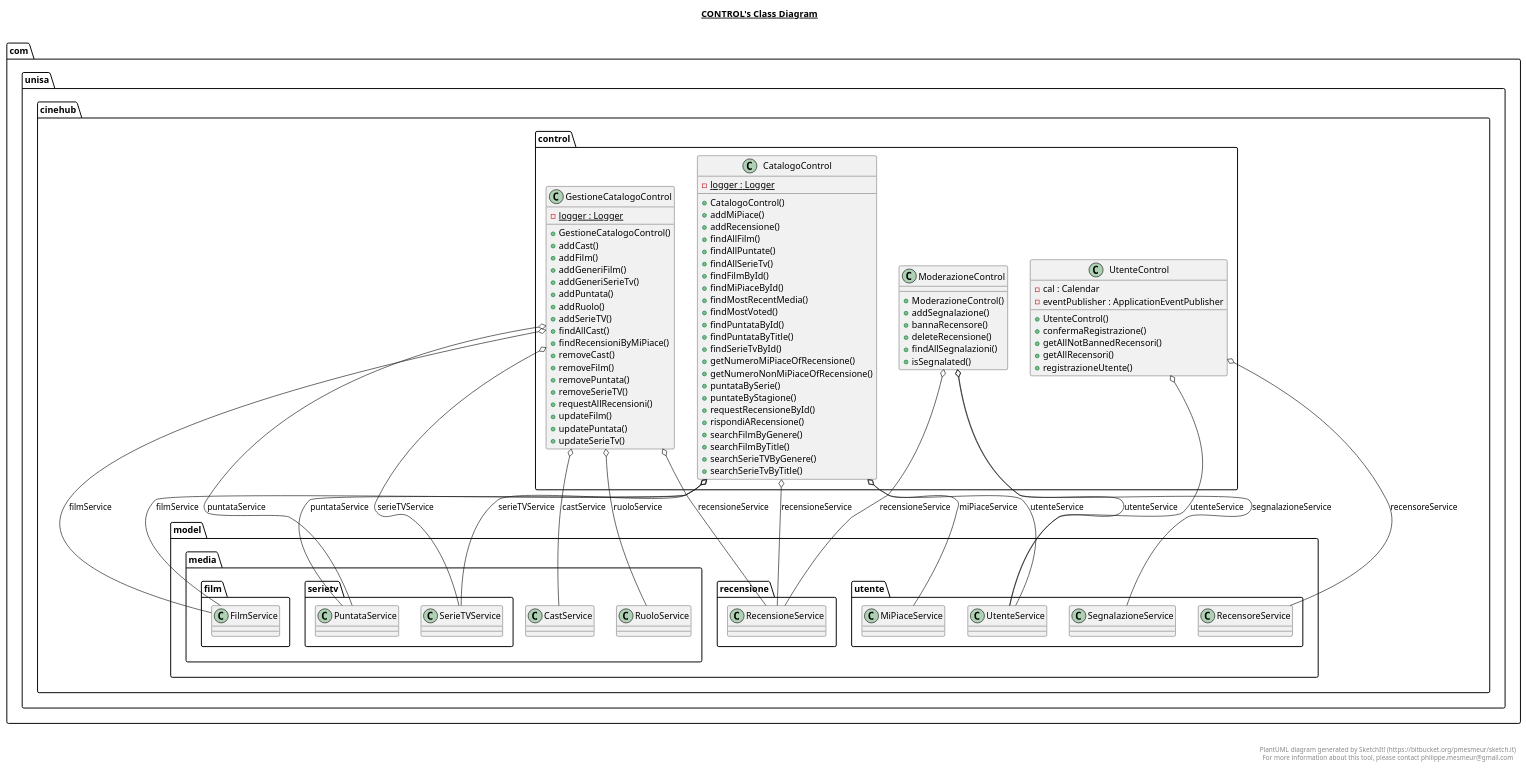
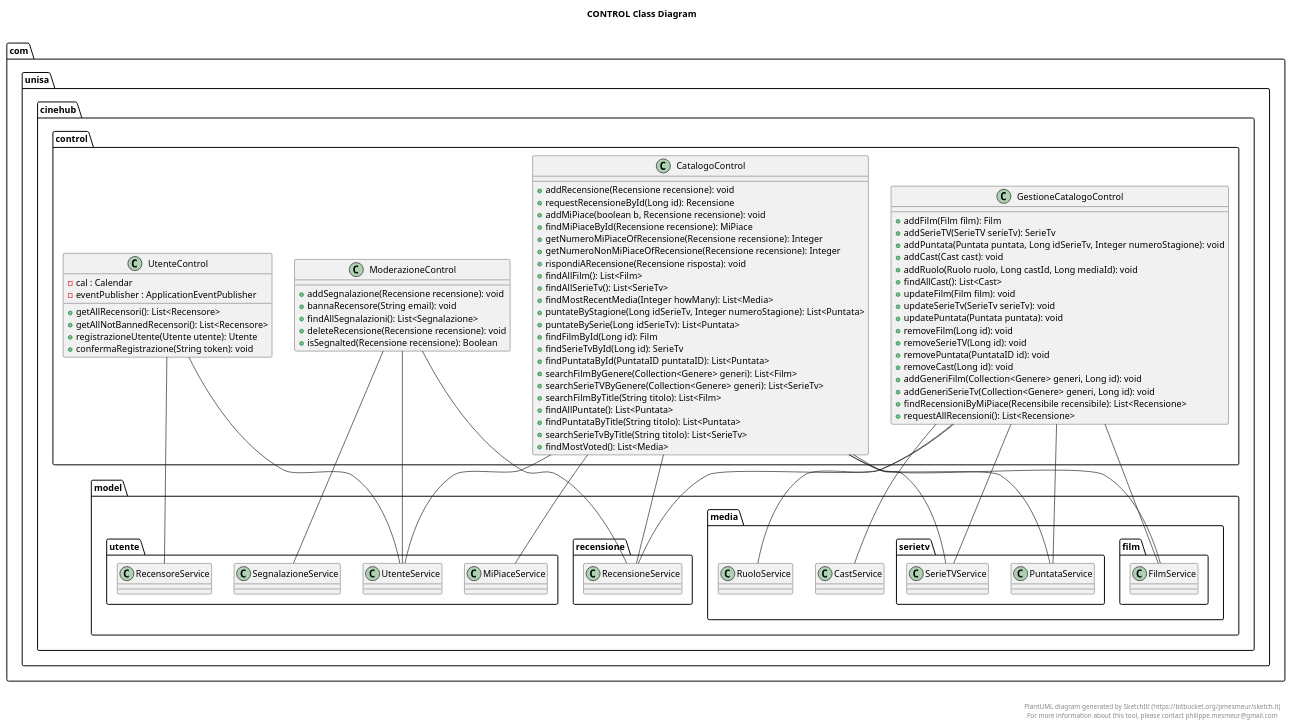
The diagram in cinehub/src/main/java/com/unisa/cinehub/control/control.plantuml (x-mariachiara/CineHub), drawn with PlantUML before and after one commit. The commit also changed 3 other files, not shown here.

Commit message:
completati i diagrammi UML

```diff
--- a/cinehub/src/main/java/com/unisa/cinehub/control/control.plantuml
+++ b/cinehub/src/main/java/com/unisa/cinehub/control/control.plantuml
@@ -1,118 +1,114 @@
 @startuml
 
-title __CONTROL's Class Diagram__\n
+title CONTROL Class Diagram\n
 
   namespace com.unisa.cinehub {
     namespace control {
       class com.unisa.cinehub.control.CatalogoControl {
-          {static} - logger : Logger
-          + CatalogoControl()
-          + addMiPiace()
-          + addRecensione()
-          + findAllFilm()
-          + findAllPuntate()
-          + findAllSerieTv()
-          + findFilmById()
-          + findMiPiaceById()
-          + findMostRecentMedia()
-          + findMostVoted()
-          + findPuntataById()
-          + findPuntataByTitle()
-          + findSerieTvById()
-          + getNumeroMiPiaceOfRecensione()
-          + getNumeroNonMiPiaceOfRecensione()
-          + puntataBySerie()
-          + puntateByStagione()
-          + requestRecensioneById()
-          + rispondiARecensione()
-          + searchFilmByGenere()
-          + searchFilmByTitle()
-          + searchSerieTVByGenere()
-          + searchSerieTvByTitle()
+          + addRecensione(Recensione recensione): void
+          + requestRecensioneById(Long id): Recensione
+          + addMiPiace(boolean b, Recensione recensione): void
+          + findMiPiaceById(Recensione recensione): MiPiace
+          + getNumeroMiPiaceOfRecensione(Recensione recensione): Integer
+          + getNumeroNonMiPiaceOfRecensione(Recensione recensione): Integer
+          + rispondiARecensione(Recensione risposta): void
+          + findAllFilm(): List<Film>
+          + findAllSerieTv(): List<SerieTv>
+          + findMostRecentMedia(Integer howMany): List<Media>
+          + puntateByStagione(Long idSerieTv, Integer numeroStagione): List<Puntata>
+          + puntateBySerie(Long idSerieTv): List<Puntata>
+          + findFilmById(Long id): Film
+          + findSerieTvById(Long id): SerieTv
+          + findPuntataById(PuntataID puntataID): List<Puntata>
+          + searchFilmByGenere(Collection<Genere> generi): List<Film>
+          + searchSerieTVByGenere(Collection<Genere> generi): List<SerieTv>
+          + searchFilmByTitle(String titolo): List<Film>
+          + findAllPuntate(): List<Puntata>
+          + findPuntataByTitle(String titolo): List<Puntata>
+          + searchSerieTvByTitle(String titolo): List<SerieTv>
+          + findMostVoted(): List<Media>
       }
     }
   }
   
 
   namespace com.unisa.cinehub {
     namespace control {
       class com.unisa.cinehub.control.GestioneCatalogoControl {
-          {static} - logger : Logger
-          + GestioneCatalogoControl()
-          + addCast()
-          + addFilm()
-          + addGeneriFilm()
-          + addGeneriSerieTv()
-          + addPuntata()
-          + addRuolo()
-          + addSerieTV()
-          + findAllCast()
-          + findRecensioniByMiPiace()
-          + removeCast()
-          + removeFilm()
-          + removePuntata()
-          + removeSerieTV()
-          + requestAllRecensioni()
-          + updateFilm()
-          + updatePuntata()
-          + updateSerieTv()
+          + addFilm(Film film): Film
+          + addSerieTV(SerieTV serieTv): SerieTv
+          + addPuntata(Puntata puntata, Long idSerieTv, Integer numeroStagione): void
+          + addCast(Cast cast): void
+          + addRuolo(Ruolo ruolo, Long castId, Long mediaId): void
+          + findAllCast(): List<Cast>
+          + updateFilm(Film film): void
+          + updateSerieTv(SerieTv serieTv): void
+          + updatePuntata(Puntata puntata): void
+          + removeFilm(Long id): void
+          + removeSerieTV(Long id): void
+          + removePuntata(PuntataID id): void
+          + removeCast(Long id): void
+          + addGeneriFilm(Collection<Genere> generi, Long id): void
+          + addGeneriSerieTv(Collection<Genere> generi, Long id): void
+          + findRecensioniByMiPiace(Recensibile recensibile): List<Recensione>
+          + requestAllRecensioni(): List<Recensione>
       }
     }
   }
   
 
   namespace com.unisa.cinehub {
     namespace control {
       class com.unisa.cinehub.control.ModerazioneControl {
-          + ModerazioneControl()
-          + addSegnalazione()
-          + bannaRecensore()
-          + deleteRecensione()
-          + findAllSegnalazioni()
-          + isSegnalated()
+          + addSegnalazione(Recensione recensione): void
+          + bannaRecensore(String email): void
+          + findAllSegnalazioni(): List<Segnalazione>
+          + deleteRecensione(Recensione recensione): void
+          + isSegnalted(Recensione recensione): Boolean
+
       }
     }
   }
   
 
   namespace com.unisa.cinehub {
     namespace control {
       class com.unisa.cinehub.control.UtenteControl {
           - cal : Calendar
           - eventPublisher : ApplicationEventPublisher
-          + UtenteControl()
-          + confermaRegistrazione()
-          + getAllNotBannedRecensori()
-          + getAllRecensori()
-          + registrazioneUtente()
+          + getAllRecensori(): List<Recensore>
+          + getAllNotBannedRecensori(): List<Recensore>
+          + registrazioneUtente(Utente utente): Utente
+          + confermaRegistrazione(String token): void
+
       }
     }
   }
 
-  com.unisa.cinehub.control.CatalogoControl o-- com.unisa.cinehub.model.media.film.FilmService : filmService
-  com.unisa.cinehub.control.CatalogoControl o-- com.unisa.cinehub.model.utente.MiPiaceService : miPiaceService
-  com.unisa.cinehub.control.CatalogoControl o-- com.unisa.cinehub.model.media.serietv.PuntataService : puntataService
-  com.unisa.cinehub.control.CatalogoControl o-- com.unisa.cinehub.model.recensione.RecensioneService : recensioneService
-  com.unisa.cinehub.control.CatalogoControl o-- com.unisa.cinehub.model.media.serietv.SerieTVService : serieTVService
-  com.unisa.cinehub.control.CatalogoControl o-- com.unisa.cinehub.model.utente.UtenteService : utenteService
-  com.unisa.cinehub.control.GestioneCatalogoControl o-- com.unisa.cinehub.model.media.CastService : castService
-  com.unisa.cinehub.control.GestioneCatalogoControl o-- com.unisa.cinehub.model.media.film.FilmService : filmService
-  com.unisa.cinehub.control.GestioneCatalogoControl o-- com.unisa.cinehub.model.media.serietv.PuntataService : puntataService
-  com.unisa.cinehub.control.GestioneCatalogoControl o-- com.unisa.cinehub.model.recensione.RecensioneService : recensioneService
-  com.unisa.cinehub.control.GestioneCatalogoControl o-- com.unisa.cinehub.model.media.RuoloService : ruoloService
-  com.unisa.cinehub.control.GestioneCatalogoControl o-- com.unisa.cinehub.model.media.serietv.SerieTVService : serieTVService
-  com.unisa.cinehub.control.ModerazioneControl o-- com.unisa.cinehub.model.recensione.RecensioneService : recensioneService
-  com.unisa.cinehub.control.ModerazioneControl o-- com.unisa.cinehub.model.utente.SegnalazioneService : segnalazioneService
-  com.unisa.cinehub.control.ModerazioneControl o-- com.unisa.cinehub.model.utente.UtenteService : utenteService
-  com.unisa.cinehub.control.UtenteControl o-- com.unisa.cinehub.model.utente.RecensoreService : recensoreService
-  com.unisa.cinehub.control.UtenteControl o-- com.unisa.cinehub.model.utente.UtenteService : utenteService
+  com.unisa.cinehub.control.CatalogoControl -- com.unisa.cinehub.model.media.film.FilmService
+  com.unisa.cinehub.control.CatalogoControl -- com.unisa.cinehub.model.utente.MiPiaceService
+  com.unisa.cinehub.control.CatalogoControl -- com.unisa.cinehub.model.media.serietv.PuntataService
+  com.unisa.cinehub.control.CatalogoControl -- com.unisa.cinehub.model.recensione.RecensioneService
+  com.unisa.cinehub.control.CatalogoControl -- com.unisa.cinehub.model.media.serietv.SerieTVService
+  com.unisa.cinehub.control.CatalogoControl -- com.unisa.cinehub.model.utente.UtenteService
+  com.unisa.cinehub.control.GestioneCatalogoControl -- com.unisa.cinehub.model.media.CastService
+  com.unisa.cinehub.control.GestioneCatalogoControl -- com.unisa.cinehub.model.media.film.FilmService
+  com.unisa.cinehub.control.GestioneCatalogoControl -- com.unisa.cinehub.model.media.serietv.PuntataService
+  com.unisa.cinehub.control.GestioneCatalogoControl -- com.unisa.cinehub.model.recensione.RecensioneService
+  com.unisa.cinehub.control.GestioneCatalogoControl -- com.unisa.cinehub.model.media.RuoloService
+  com.unisa.cinehub.control.GestioneCatalogoControl -- com.unisa.cinehub.model.media.serietv.SerieTVService
+  com.unisa.cinehub.control.ModerazioneControl -- com.unisa.cinehub.model.recensione.RecensioneService
+  com.unisa.cinehub.control.ModerazioneControl -- com.unisa.cinehub.model.utente.SegnalazioneService
+  com.unisa.cinehub.control.ModerazioneControl -- com.unisa.cinehub.model.utente.UtenteService
+  com.unisa.cinehub.control.UtenteControl -- com.unisa.cinehub.model.utente.RecensoreService
+  com.unisa.cinehub.control.UtenteControl -- com.unisa.cinehub.model.utente.UtenteService
 
 
 right footer
 
 
 PlantUML diagram generated by SketchIt! (https://bitbucket.org/pmesmeur/sketch.it)
 For more information about this tool, please contact philippe.mesmeur@gmail.com
 endfooter
 
 @enduml
```
